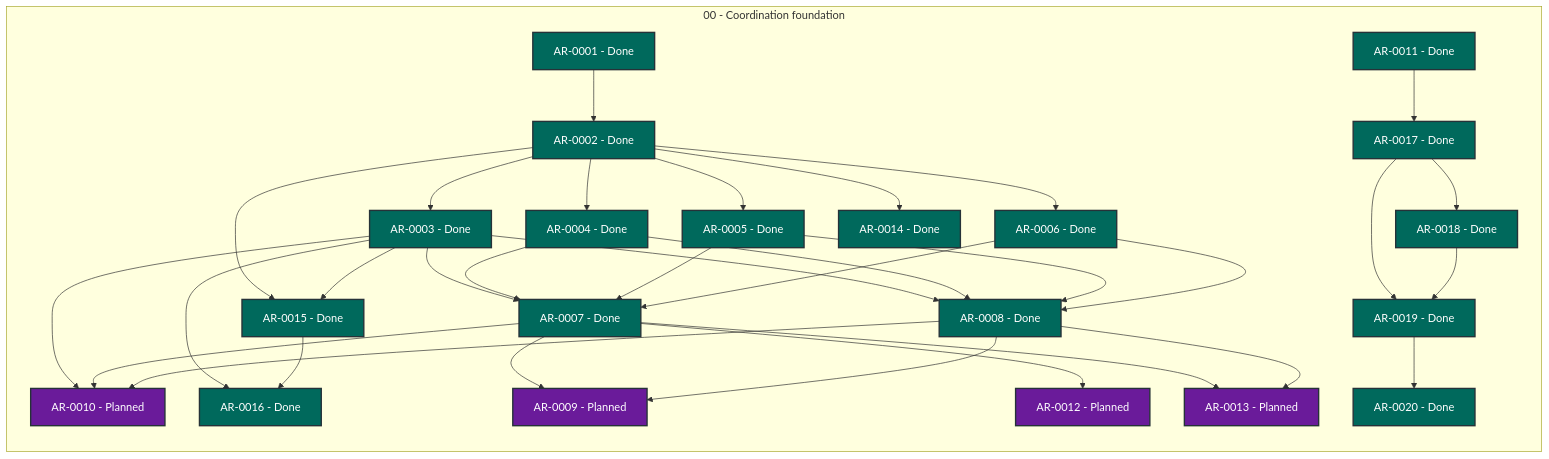
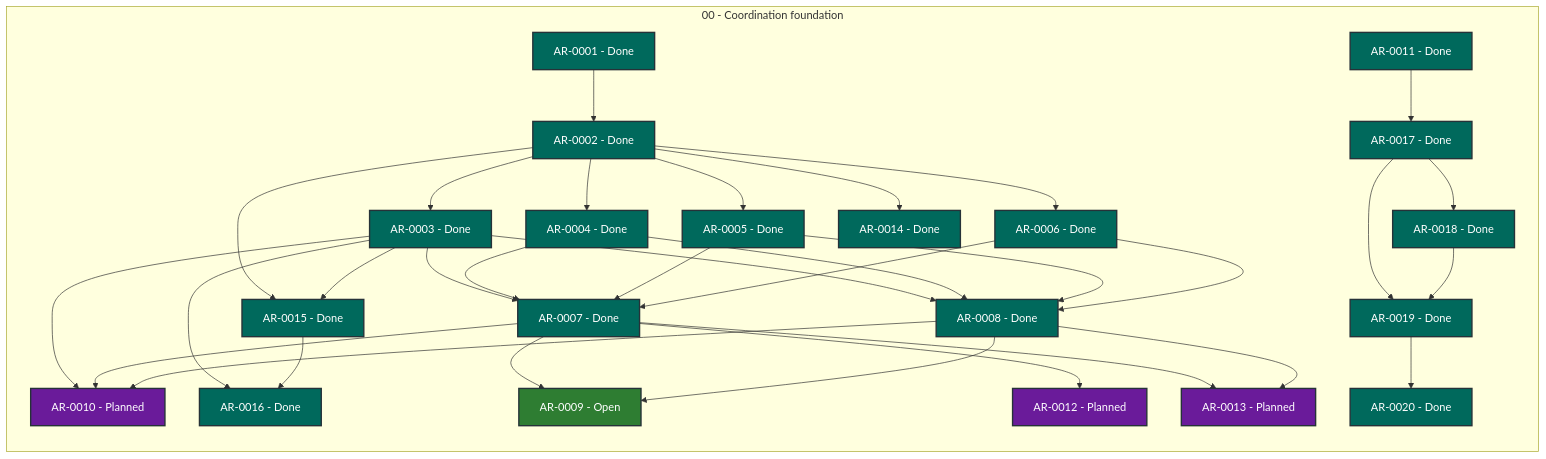
The diagram in STATUS.md (martin-beck/agent-workflow-coordinator-state), drawn with Mermaid before and after one commit. The commit also changed other lines of this file and 2 other files, not shown here.

````diff
--- a/STATUS.md
+++ b/STATUS.md
@@ -27,65 +27,65 @@
 ```mermaid
 flowchart LR
     subgraph series_00["00 - Coordination foundation"]
         direction TB
         AR_0001["AR-0001 - Done"]:::status_done
         AR_0002["AR-0002 - Done"]:::status_done
         AR_0003["AR-0003 - Done"]:::status_done
         AR_0004["AR-0004 - Done"]:::status_done
         AR_0005["AR-0005 - Done"]:::status_done
         AR_0006["AR-0006 - Done"]:::status_done
         AR_0007["AR-0007 - Done"]:::status_done
         AR_0008["AR-0008 - Done"]:::status_done
-        AR_0009["AR-0009 - Planned"]:::status_planned
+        AR_0009["AR-0009 - Open"]:::status_open
         AR_0010["AR-0010 - Planned"]:::status_planned
         AR_0011["AR-0011 - Done"]:::status_done
         AR_0012["AR-0012 - Planned"]:::status_planned
         AR_0013["AR-0013 - Planned"]:::status_planned
         AR_0014["AR-0014 - Done"]:::status_done
         AR_0015["AR-0015 - Done"]:::status_done
         AR_0016["AR-0016 - Done"]:::status_done
         AR_0017["AR-0017 - Done"]:::status_done
         AR_0018["AR-0018 - Done"]:::status_done
         AR_0019["AR-0019 - Done"]:::status_done
         AR_0020["AR-0020 - Done"]:::status_done
     end
     AR_0001 --> AR_0002
     AR_0002 --> AR_0003
     AR_0002 --> AR_0004
     AR_0002 --> AR_0005
     AR_0002 --> AR_0006
     AR_0002 --> AR_0014
     AR_0002 --> AR_0015
     AR_0003 --> AR_0007
     AR_0003 --> AR_0008
     AR_0003 --> AR_0010
     AR_0003 --> AR_0015
     AR_0003 --> AR_0016
     AR_0004 --> AR_0007
     AR_0004 --> AR_0008
     AR_0005 --> AR_0007
     AR_0005 --> AR_0008
     AR_0006 --> AR_0007
     AR_0006 --> AR_0008
     AR_0007 --> AR_0009
     AR_0007 --> AR_0010
     AR_0007 --> AR_0012
     AR_0007 --> AR_0013
     AR_0008 --> AR_0009
     AR_0008 --> AR_0010
     AR_0008 --> AR_0013
     AR_0011 --> AR_0017
     AR_0015 --> AR_0016
     AR_0017 --> AR_0018
     AR_0017 --> AR_0019
     AR_0018 --> AR_0019
     AR_0019 --> AR_0020
     classDef status_in_progress fill:#1565c0,color:#ffffff,stroke:#263238,stroke-width:2px
     classDef status_open fill:#2e7d32,color:#ffffff,stroke:#263238,stroke-width:2px
     classDef status_blocked fill:#c62828,color:#ffffff,stroke:#263238,stroke-width:2px
     classDef status_planned fill:#6a1b9a,color:#ffffff,stroke:#263238,stroke-width:2px
     classDef status_future fill:#455a64,color:#ffffff,stroke:#263238,stroke-width:2px
     classDef status_done fill:#00695c,color:#ffffff,stroke:#263238,stroke-width:2px
     classDef status_cancelled fill:#616161,color:#ffffff,stroke:#263238,stroke-width:2px
     classDef status_superseded fill:#5d4037,color:#ffffff,stroke:#263238,stroke-width:2px
 ```
````
